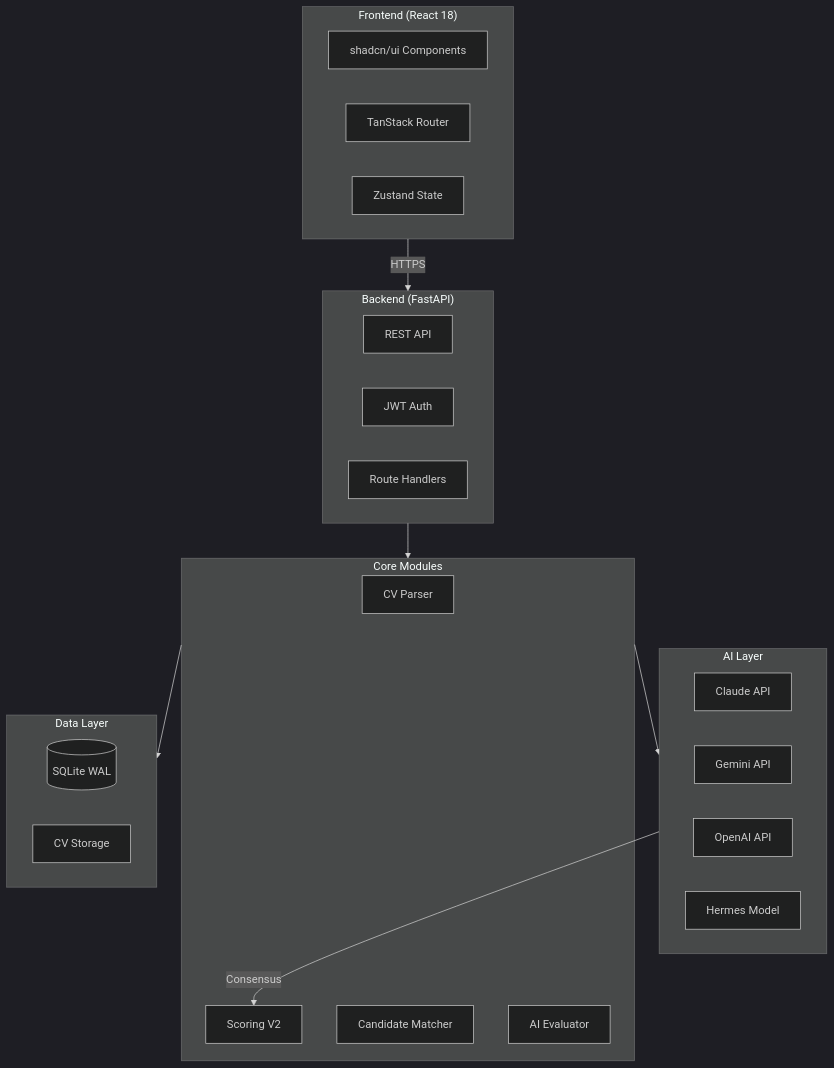
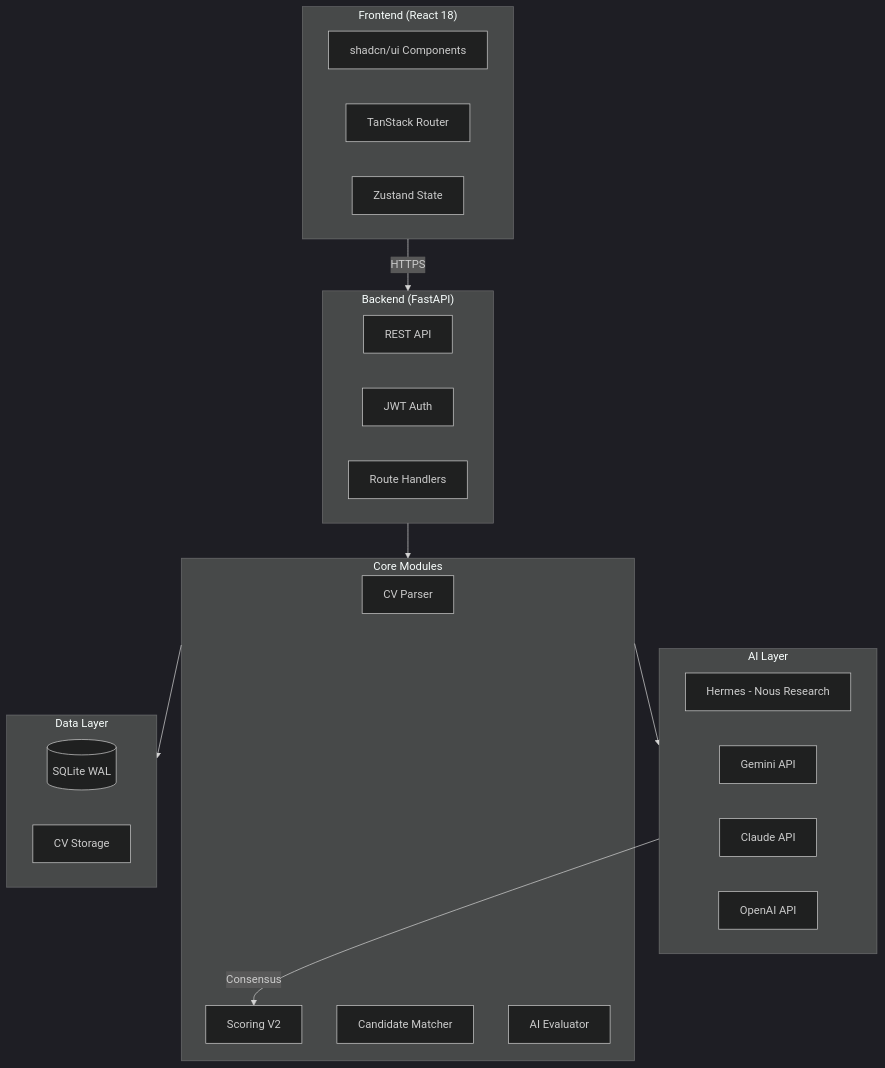
The diagram in README.md (osmanemraheroglu/hylilabs), drawn with Mermaid (dark theme) before and after one commit. The commit also changed other lines of this file, not shown here.

First line of the commit message:
docs: Hermes (Nous Research) öncelikli sıraya alındı

````diff
--- a/README.md
+++ b/README.md
@@ -146,39 +155,39 @@
 ```mermaid
 flowchart TB
     subgraph Frontend["Frontend (React 18)"]
         UI[shadcn/ui Components]
         Router[TanStack Router]
         State[Zustand State]
     end
 
     subgraph Backend["Backend (FastAPI)"]
         API[REST API]
         Auth[JWT Auth]
         Routes[Route Handlers]
     end
 
     subgraph AI["AI Layer"]
+        Hermes[Hermes - Nous Research]
+        Gemini[Gemini API]
         Claude[Claude API]
-        Gemini[Gemini API]
         GPT[OpenAI API]
-        Hermes[Hermes Model]
     end
 
     subgraph Core["Core Modules"]
         CVParser[CV Parser]
         Scoring[Scoring V2]
         Matcher[Candidate Matcher]
         Evaluator[AI Evaluator]
     end
 
     subgraph Data["Data Layer"]
         SQLite[(SQLite WAL)]
         CVStore[CV Storage]
     end
 
     Frontend -->|HTTPS| Backend
     Backend --> Core
     Core --> AI
     Core --> Data
     AI -->|Consensus| Scoring
 ```
````
